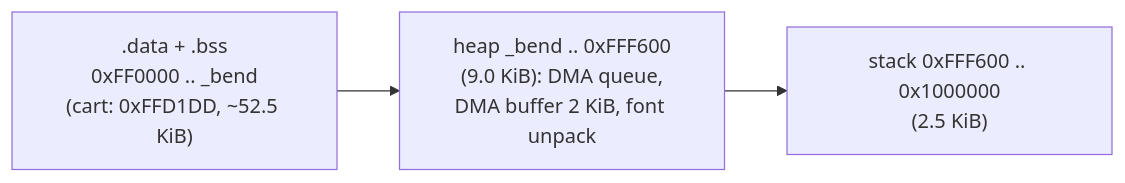
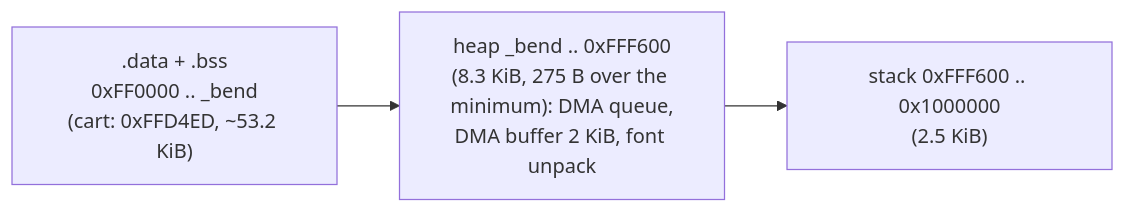
Before and after one commit to jfryman/mega-wifi-radar: the diagram in lode/build/ram-budget.md, drawn with Mermaid. The commit also changed 69 other files, not shown here.

````diff
--- a/lode/build/ram-budget.md
+++ b/lode/build/ram-budget.md
@@ -8,5 +8,5 @@
 ```mermaid
 flowchart LR
-  S[".data + .bss<br/>0xFF0000 .. _bend<br/>(cart: 0xFFD1DD, ~52.5 KiB)"] --> H["heap _bend .. 0xFFF600<br/>(9.0 KiB): DMA queue,<br/>DMA buffer 2 KiB, font unpack"]
+  S[".data + .bss<br/>0xFF0000 .. _bend<br/>(cart: 0xFFD4ED, ~53.2 KiB)"] --> H["heap _bend .. 0xFFF600<br/>(8.3 KiB, 275 B over the minimum): DMA queue,<br/>DMA buffer 2 KiB, font unpack"]
   H --> K["stack 0xFFF600 .. 0x1000000<br/>(2.5 KiB)"]
 ```
````
